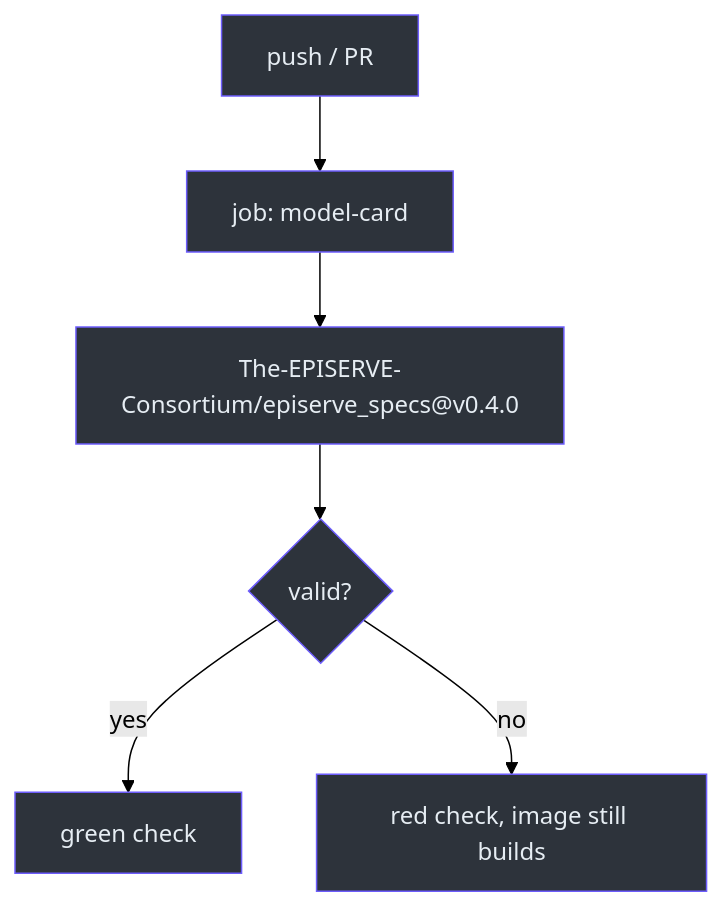
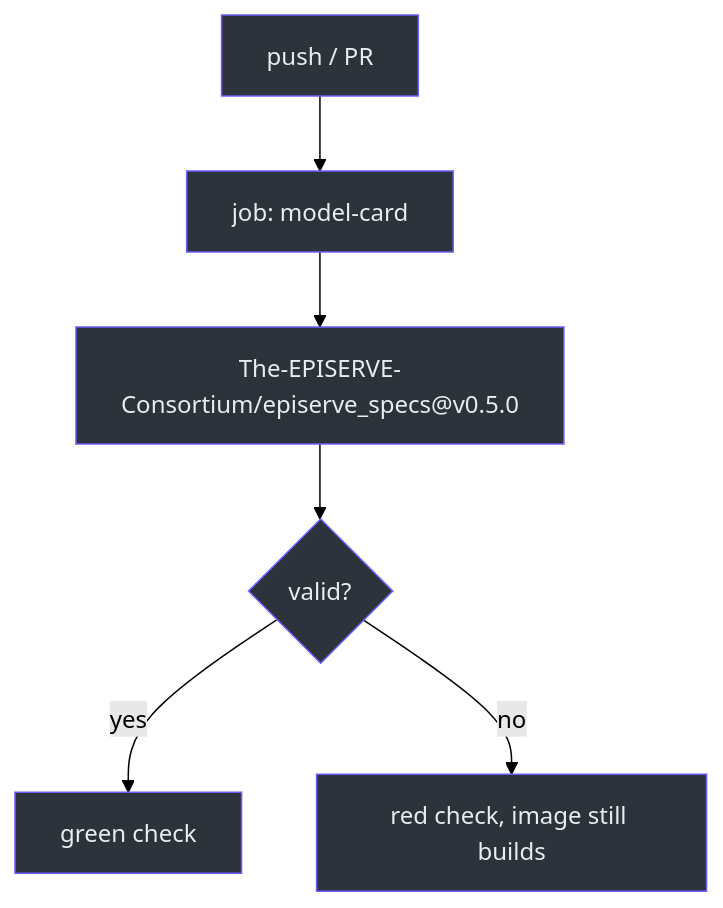
The fifth of 5 diagrams in documentation/02-architecture/model-card-and-validation.md (The-EPISERVE-Consortium/model__prediction__generic__null-model), drawn with Mermaid (forest theme) before and after one commit. The commit also changed other lines of this file and 4 other files, not shown here.

Commit message:
Bump episerve_specs to v0.5.0

````diff
--- a/documentation/02-architecture/model-card-and-validation.md
+++ b/documentation/02-architecture/model-card-and-validation.md
@@ -179,11 +179,11 @@
 ```mermaid
 flowchart TD
     P["push / PR"] --> C["job: model-card"]
-    C --> A["The-EPISERVE-Consortium/episerve_specs@v0.4.0"]
+    C --> A["The-EPISERVE-Consortium/episerve_specs@v0.5.0"]
     A --> R{"valid?"}
     R -- yes --> OK["green check"]
     R -- no --> ERR["red check, image still builds"]
 
     classDef dark fill:#2d333b,stroke:#6d5dfc,color:#e6edf3
     class P,C,A,R,OK,ERR dark
 ```
````
